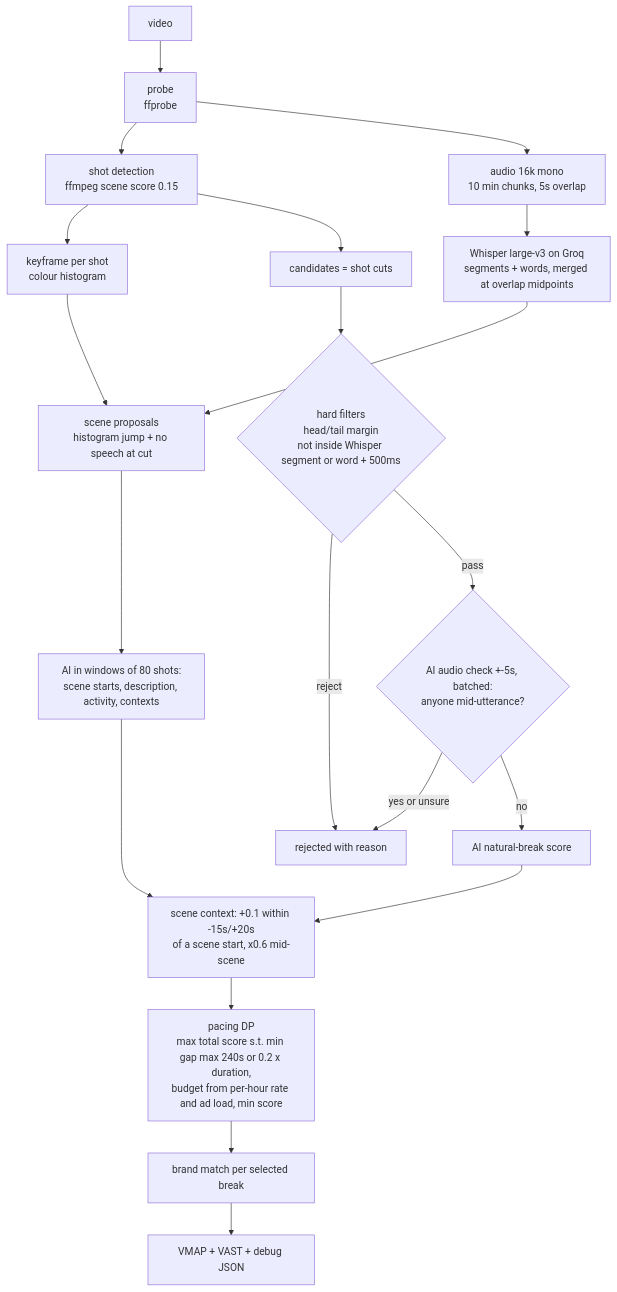
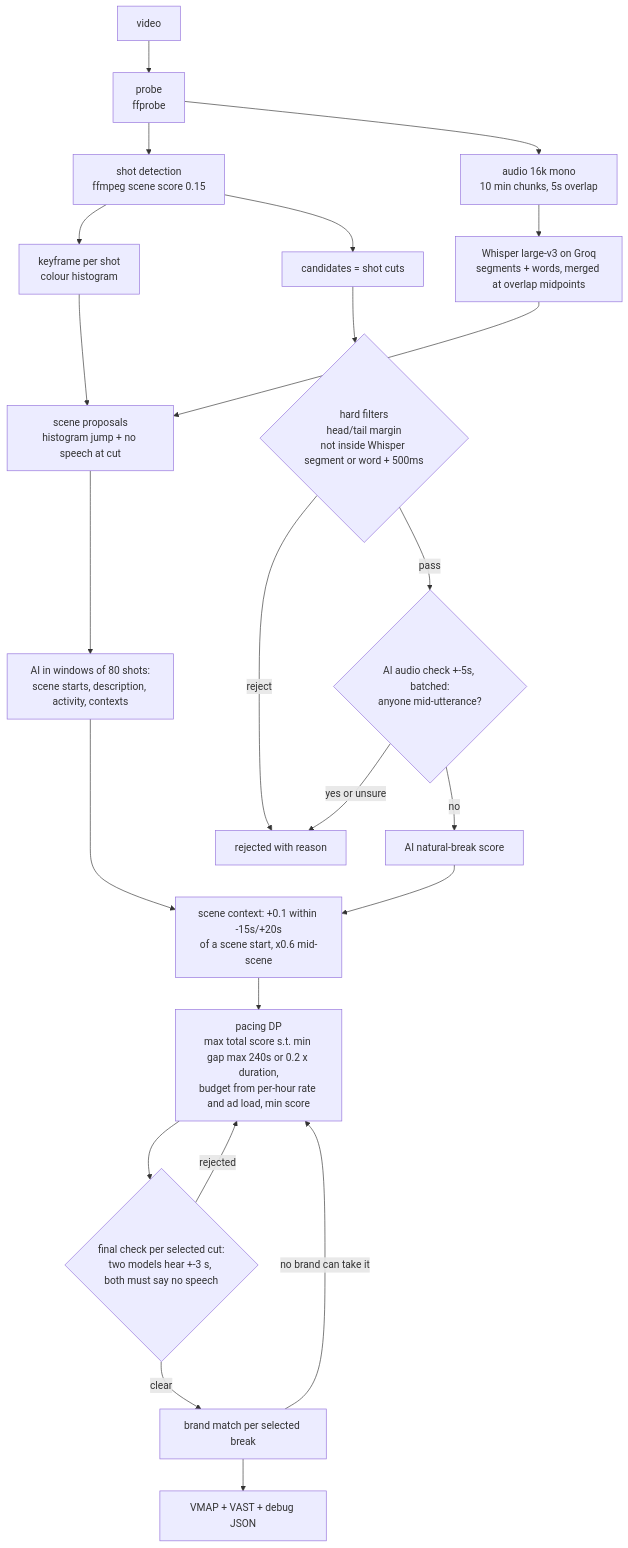
Before and after one commit to thisizaro/adbreak: the second of 5 diagrams in docs/ARCHITECTURE.md, drawn with Mermaid. The commit also changed other lines of this file, not shown here.

Commit message:
ARCHITECTURE: final speech check and dominant-activity rule

````diff
--- a/docs/ARCHITECTURE.md
+++ b/docs/ARCHITECTURE.md
@@ -60,22 +60,25 @@
 ```mermaid
 flowchart TD
   V[video] --> P[probe<br/>ffprobe]
   P --> SH[shot detection<br/>ffmpeg scene score 0.15]
   P --> AU[audio 16k mono<br/>10 min chunks, 5s overlap]
   AU --> ASR[Whisper large-v3 on Groq<br/>segments + words, merged at overlap midpoints]
   SH --> KF[keyframe per shot<br/>colour histogram]
   KF --> SC[scene proposals<br/>histogram jump + no speech at cut]
   ASR --> SC
   SC --> SD[AI in windows of 80 shots:<br/>scene starts, description, activity, contexts]
   SH --> C[candidates = shot cuts]
   C --> G1{hard filters<br/>head/tail margin<br/>not inside Whisper segment or word + 500ms}
   G1 -- reject --> R1[rejected with reason]
   G1 -- pass --> G2{AI audio check +-5s, batched:<br/>anyone mid-utterance?}
   G2 -- yes or unsure --> R1
   G2 -- no --> S[AI natural-break score]
   SD --> SCX[scene context: +0.1 within -15s/+20s<br/>of a scene start, x0.6 mid-scene]
   S --> SCX
   SCX --> DP[pacing DP<br/>max total score s.t. min gap max 240s or 0.2 x duration,<br/>budget from per-hour rate and ad load, min score]
-  DP --> B[brand match per selected break]
+  DP --> FC{final check per selected cut:<br/>two models hear +-3 s, both must say no speech}
+  FC -- rejected --> DP
+  FC -- clear --> B[brand match per selected break]
+  B -- no brand can take it --> DP
   B --> M[VMAP + VAST + debug JSON]
 ```
````
